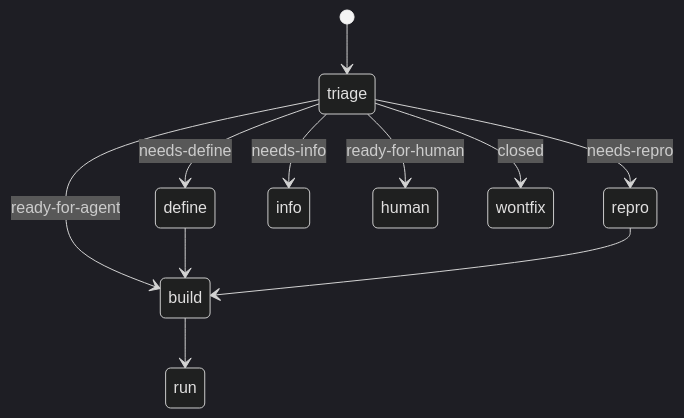
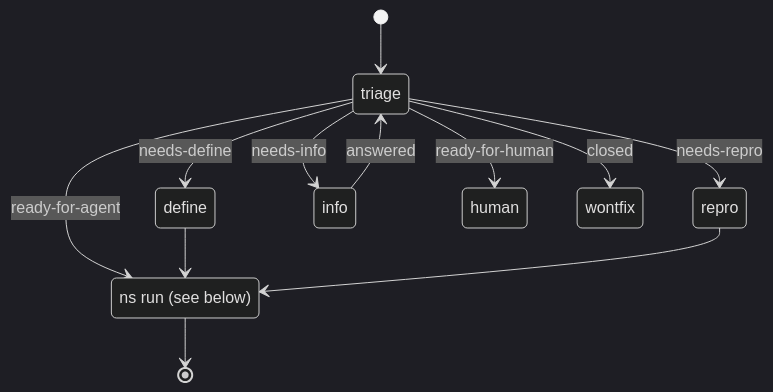
Before and after one commit to noahdgrant/nightshift: the first of 2 diagrams in new/docs/STATES.md, drawn with Mermaid (dark theme). The commit also changed other lines of this file and 14 other files, not shown here.

````diff
--- a/new/docs/STATES.md
+++ b/new/docs/STATES.md
@@ -7,13 +9,15 @@
 ```mermaid
 stateDiagram
+    state "ns run (see below)" as run
     [*] --> triage
-    triage --> build : ready-for-agent
     triage --> define : needs-define
     triage --> repro : needs-repro
     triage --> info : needs-info
     triage --> human : ready-for-human
     triage --> wontfix : closed
-    define --> build
-    repro --> build
-    build --> run
+    triage --> run : ready-for-agent
+    define --> run
+    repro --> run
+    info --> triage : answered
+    run --> [*]
 ```
````
